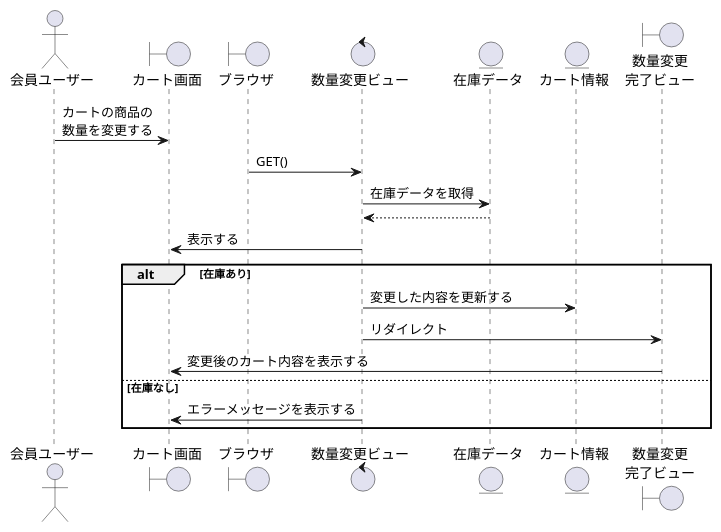
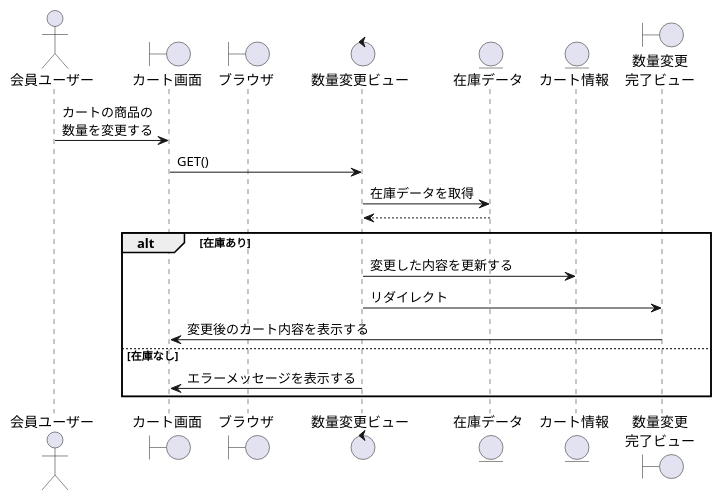
Before and after one commit to ysyk-wtnb16/team_D: the diagram in BBショップ/カート数量変更.wsd, drawn with PlantUML.

```diff
--- a/BBショップ/カート数量変更.wsd
+++ b/BBショップ/カート数量変更.wsd
@@ -1,25 +1,25 @@
 @startuml cart_tuika
 
 actor "会員ユーザー" as act
 boundary "カート画面" as cart
 boundary "ブラウザ" as brz
 control "数量変更ビュー" as shv
 entity "在庫データ" as stockdata
 entity "カート情報" as cartinfo
 boundary "数量変更\n完了ビュー" as shkv
 
 act -> cart:カートの商品の\n数量を変更する
-brz -> shv: GET()
+cart -> shv: GET()
 shv -> stockdata: 在庫データを取得
 shv <-- stockdata:
-cart <- shv: 表示する
 
 alt 在庫あり
     shv -> cartinfo: 変更した内容を更新する
     shv -> shkv: リダイレクト
     cart <- shkv: 変更後のカート内容を表示する
 
 else 在庫なし
     shv -> cart: エラーメッセージを表示する
 end
+
 @enduml
```
